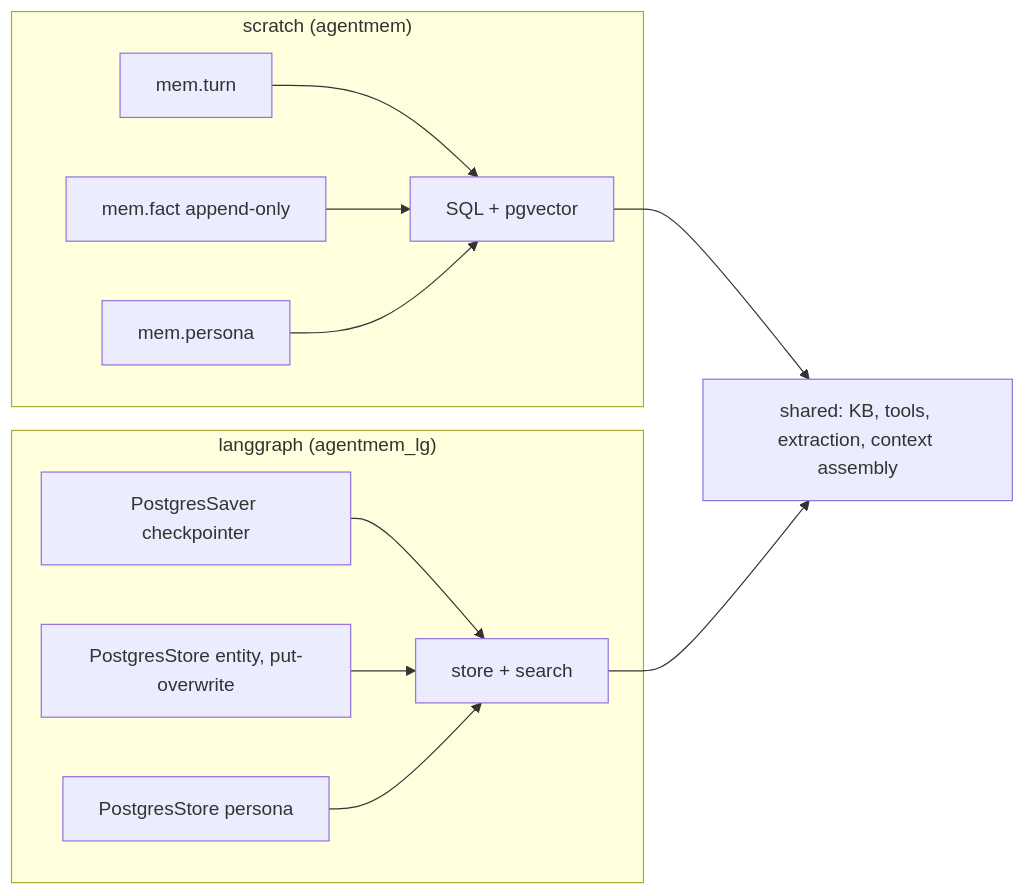
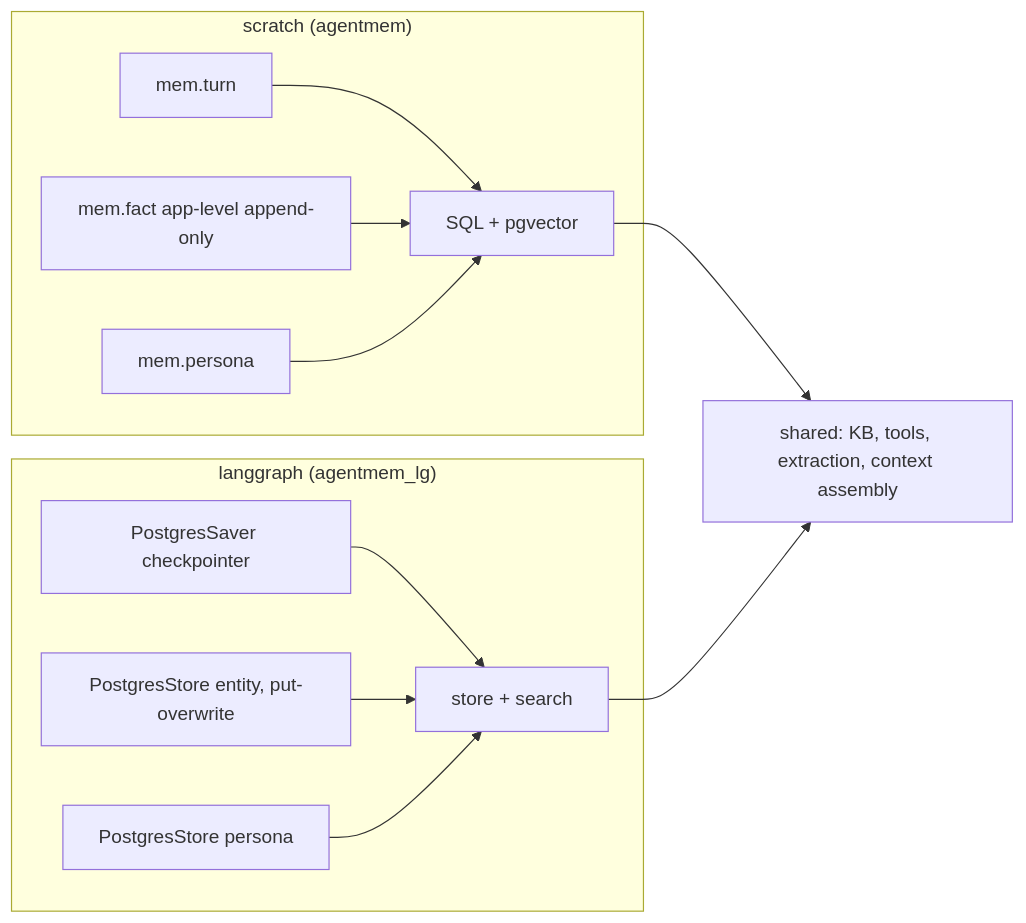
The fourth of 4 diagrams in docs/architecture.md (arvindram27/acme-loan-copilot), drawn with Mermaid before and after one commit. The commit also changed other lines of this file and 4 other files, not shown here.

````diff
--- a/docs/architecture.md
+++ b/docs/architecture.md
@@ -66,15 +66,15 @@
 ```mermaid
 flowchart LR
     subgraph scratch["scratch (agentmem)"]
         T1[mem.turn] --> C1[SQL + pgvector]
-        F1[mem.fact append-only] --> C1
+        F1[mem.fact app-level append-only] --> C1
         P1[mem.persona] --> C1
     end
     subgraph langgraph["langgraph (agentmem_lg)"]
         T2[PostgresSaver checkpointer] --> C2[store + search]
         F2[PostgresStore entity, put-overwrite] --> C2
         P2[PostgresStore persona] --> C2
     end
     C1 --> SHARED[shared: KB, tools, extraction, context assembly]
     C2 --> SHARED
 ```
````
